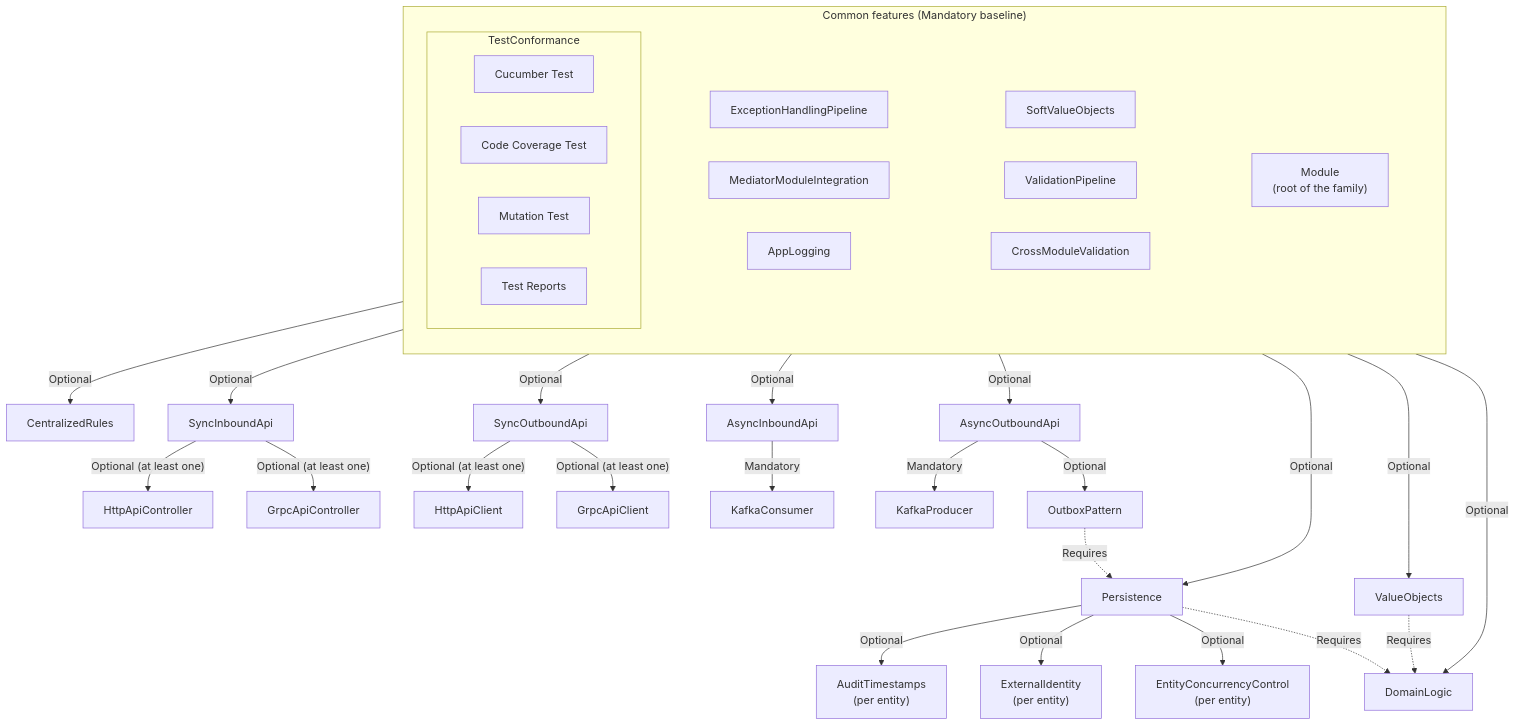
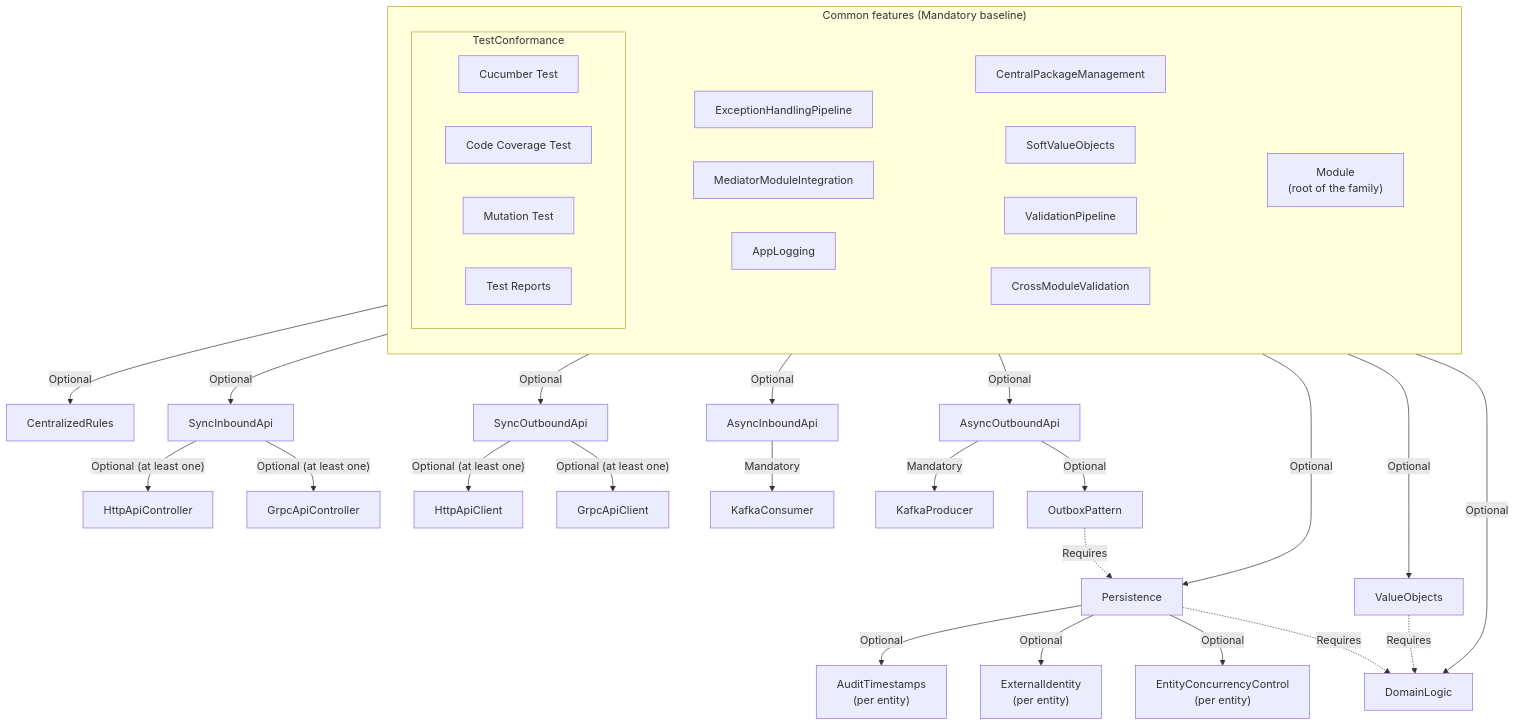
One commit to InsonusK/ai-skills changed the diagram in skills/dotnet/architecture/v3.1/feature/diagrams/feature-diagram.mmd. Above: the diagram before and after it, drawn with Mermaid. The commit also changed 77 other files, not shown here.

```diff
--- a/skills/dotnet/architecture/v3.1/feature/diagrams/feature-diagram.mmd
+++ b/skills/dotnet/architecture/v3.1/feature/diagrams/feature-diagram.mmd
@@ -1,59 +1,60 @@
 graph TD
     subgraph Common["Common features (Mandatory baseline)"]
         direction TB
         subgraph CommonRow1[" "]
             direction LR
             Module["Module<br/>(root of the family)"]
         end
         subgraph CommonRow2[" "]
             direction LR
+            CPM["CentralPackageManagement"]
             SVO["SoftValueObjects"]
             VP["ValidationPipeline"]
             CMV["CrossModuleValidation"]
         end
         subgraph CommonRow3[" "]
             direction LR
             EHP["ExceptionHandlingPipeline"]
             MMI["MediatorModuleIntegration"]
             LOG["AppLogging"]
         end
         subgraph TC["TestConformance"]
             direction LR
             CUC["Cucumber Test"]
             COV["Code Coverage Test"]
             MUT["Mutation Test"]
             REP["Test Reports"]
         end
     end
     style CommonRow1 fill:none,stroke:none
     style CommonRow2 fill:none,stroke:none
     style CommonRow3 fill:none,stroke:none
 
     Common -->|Optional| DL["DomainLogic"]
     Common -->|Optional| VO["ValueObjects"]
     Common -->|Optional| PST["Persistence"]
     Common -->|Optional| CR["CentralizedRules"]
 
     PST -->|Optional| ECC["EntityConcurrencyControl<br/>(per entity)"]
     PST -->|Optional| EI["ExternalIdentity<br/>(per entity)"]
     PST -->|Optional| AT["AuditTimestamps<br/>(per entity)"]
 
     PST -. "Requires" .-> DL
     VO -. "Requires" .-> DL
 
     Common -->|Optional| SIA["SyncInboundApi"]
     SIA -->|"Optional (at least one)"| HAC["HttpApiController"]
     SIA -->|"Optional (at least one)"| GAC["GrpcApiController"]
 
     Common -->|Optional| SOA["SyncOutboundApi"]
     SOA -->|"Optional (at least one)"| HACL["HttpApiClient"]
     SOA -->|"Optional (at least one)"| GACL["GrpcApiClient"]
 
     Common -->|Optional| AIA["AsyncInboundApi"]
     AIA -->|Mandatory| KC["KafkaConsumer"]
 
     Common -->|Optional| AOA["AsyncOutboundApi"]
     AOA -->|Mandatory| KP["KafkaProducer"]
     AOA -->|Optional| OP["OutboxPattern"]
 
     OP -. "Requires" .-> PST
```
